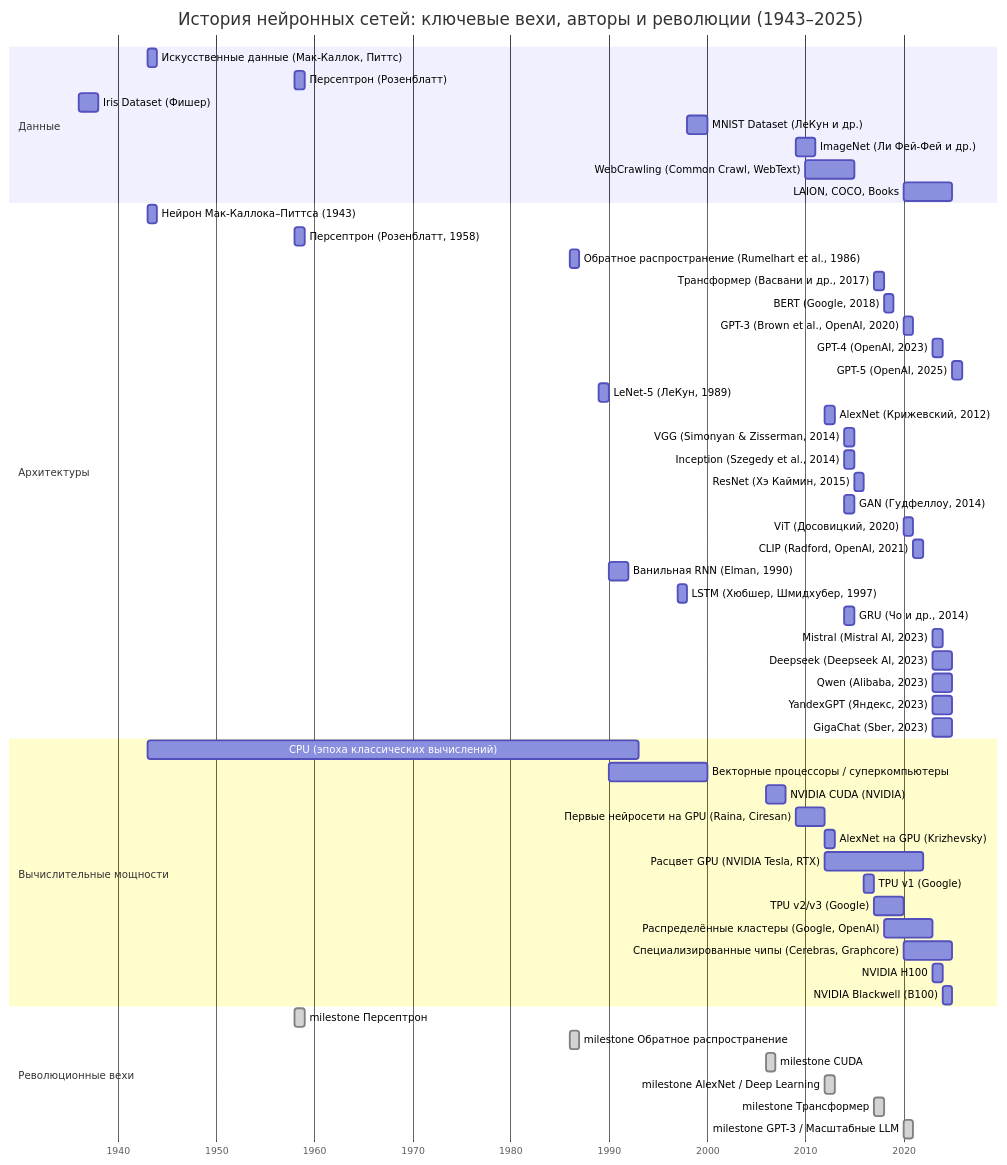
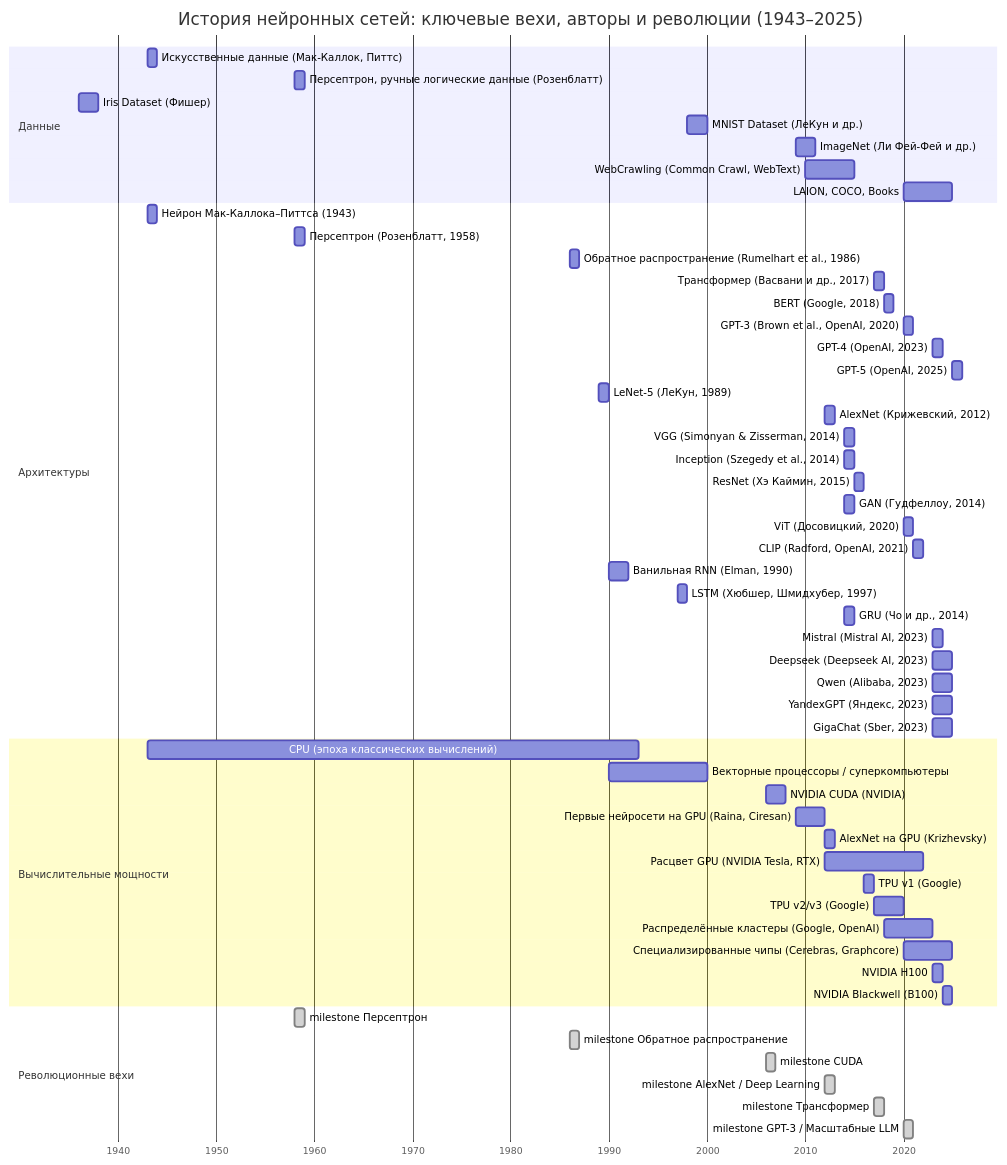
Before and after one commit to dayekb/markdown_mermaid_test: the diagram in mermaid/gant_1.md, drawn with Mermaid.

````diff
--- a/mermaid/gant_1.md
+++ b/mermaid/gant_1.md
@@ -1,74 +1,74 @@
 ```mermaid 
 
 
 gantt
     title История нейронных сетей: ключевые вехи, авторы и революции (1943–2025)
     dateFormat  YYYY
     axisFormat %Y
     section Данные
     Искусственные данные (Мак-Каллок, Питтс) : 1943, 1y
-    Персептрон (Розенблатт) : 1958, 1y
+    Персептрон, ручные логические данные (Розенблатт) : 1958, 1y
     Iris Dataset (Фишер) : 1936, 2y
     MNIST Dataset (ЛеКун и др.) : 1998, 2y
     ImageNet (Ли Фей-Фей и др.) : 2009, 2y
     WebCrawling (Common Crawl, WebText) : 2010, 5y
     LAION, COCO, Books : 2020, 5y
 
     section Архитектуры
 
     Нейрон Мак-Каллока–Питтса (1943) : 1943, 1y
     Персептрон (Розенблатт, 1958) : 1958, 1y
     Обратное распространение (Rumelhart et al., 1986) : 1986, 1y
 
     Трансформер (Васвани и др., 2017) : 2017, 1y
     BERT (Google, 2018) : 2018, 1y
     GPT-3 (Brown et al., OpenAI, 2020) : 2020, 1y
     GPT-4 (OpenAI, 2023) : 2023, 1y
     GPT-5 (OpenAI, 2025) : 2025, 1y
 
 
     LeNet-5 (ЛеКун, 1989) : 1989, 1y
     AlexNet (Крижевский, 2012) : 2012, 1y
     VGG (Simonyan & Zisserman, 2014) : 2014, 1y
     Inception (Szegedy et al., 2014) : 2014, 1y
     ResNet (Хэ Каймин, 2015) : 2015, 1y
 
 
     GAN (Гудфеллоу, 2014) : 2014, 1y
     ViT (Досовицкий, 2020) : 2020, 1y
     CLIP (Radford, OpenAI, 2021) : 2021, 1y
 
 
     Ванильная RNN (Elman, 1990) : 1990, 2y
     LSTM (Хюбшер, Шмидхубер, 1997) : 1997, 1y
     GRU (Чо и др., 2014) : 2014, 1y
 
     Mistral (Mistral AI, 2023) : 2023, 1y
     Deepseek (Deepseek AI, 2023) : 2023, 2y
     Qwen (Alibaba, 2023) : 2023, 2y
     YandexGPT (Яндекс, 2023) : 2023, 2y
     GigaChat (Sber, 2023) : 2023, 2y
 
     section Вычислительные мощности
     CPU (эпоха классических вычислений) : 1943, 50y
     Векторные процессоры / суперкомпьютеры : 1990, 10y
     NVIDIA CUDA (NVIDIA) : 2006, 2y
     Первые нейросети на GPU (Raina, Ciresan) : 2009, 3y
     AlexNet на GPU (Krizhevsky) : 2012, 1y
     Расцвет GPU (NVIDIA Tesla, RTX) : 2012, 10y
     TPU v1 (Google) : 2016, 1y
     TPU v2/v3 (Google) : 2017, 3y
     Распределённые кластеры (Google, OpenAI) : 2018, 5y
     Специализированные чипы (Cerebras, Graphcore) : 2020, 5y
     NVIDIA H100 : 2023, 1y
     NVIDIA Blackwell (B100) : 2024, 1y
 
     section Революционные вехи
     milestone Персептрон : done, 1958, 1y
     milestone Обратное распространение : done, 1986, 1y
     milestone CUDA : done, 2006, 1y
     milestone AlexNet / Deep Learning : done, 2012, 1y
     milestone Трансформер : done, 2017, 1y
     milestone GPT-3 / Масштабные LLM : done, 2020, 1y
 
 ```
````
